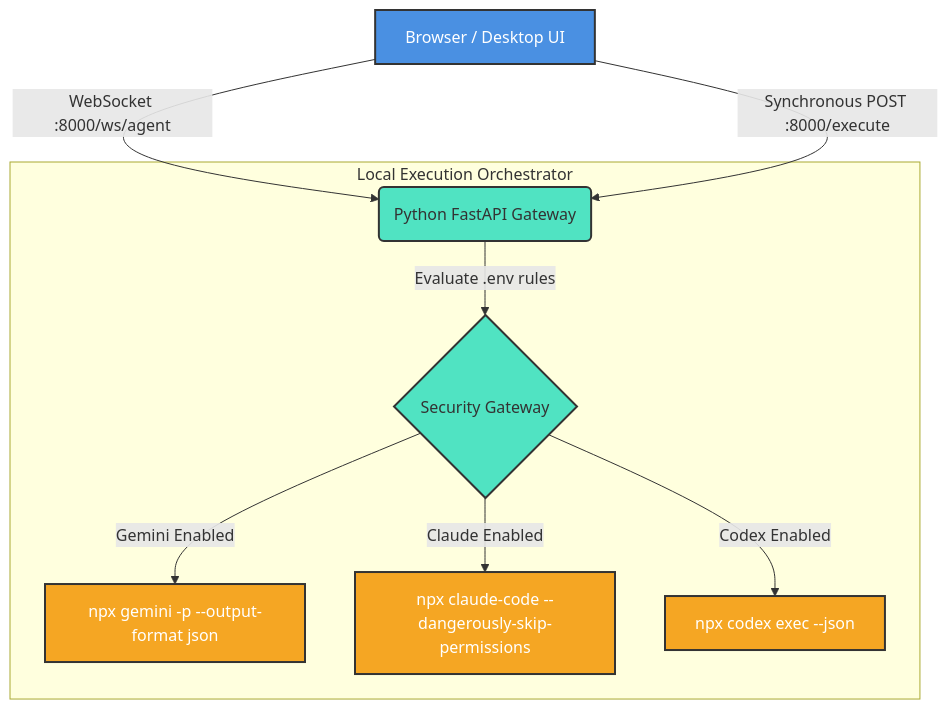
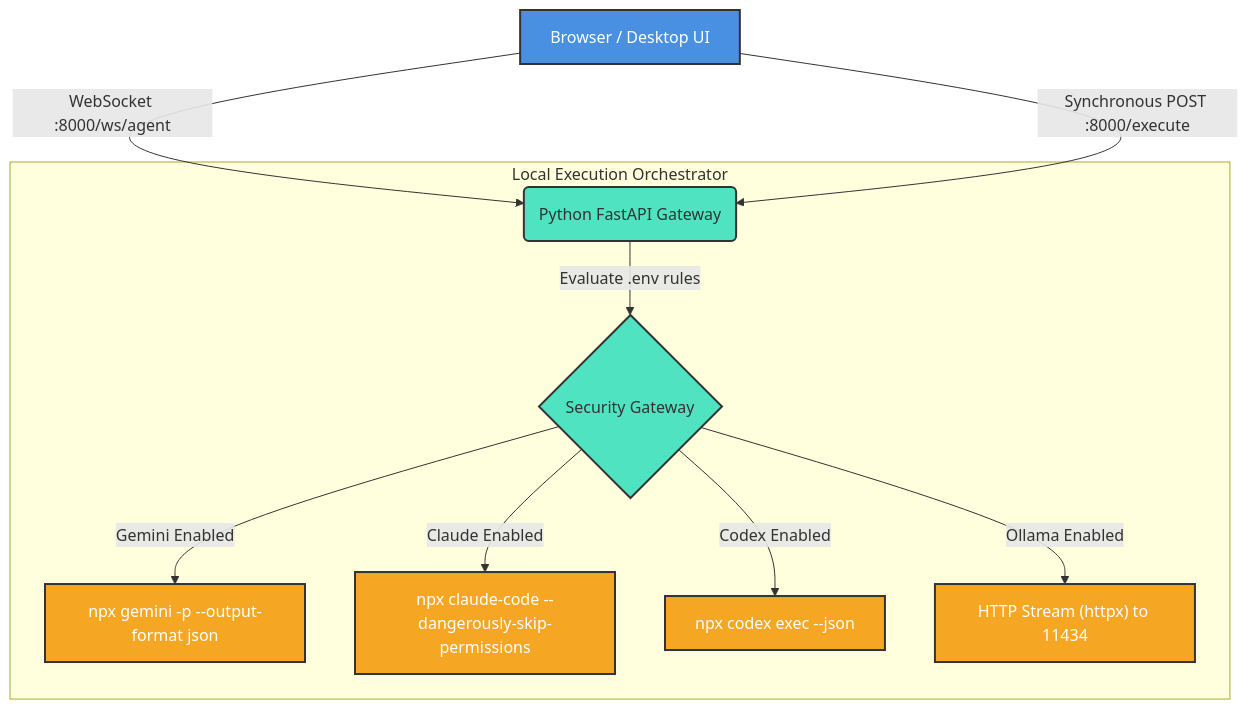
Before and after one commit to dmquant/agent-route: the first of 4 diagrams in README.md, drawn with Mermaid. The commit also changed other lines of this file and 6 other files, not shown here.

````diff
--- a/README.md
+++ b/README.md
@@ -14,16 +14,17 @@
 ```mermaid
 graph TD
     classDef ui fill:#4a90e2,stroke:#333,stroke-width:2px,color:#fff;
     classDef api fill:#50e3c2,stroke:#333,stroke-width:2px,color:#333;
     classDef os fill:#f5a623,stroke:#333,stroke-width:2px,color:#fff;
 
     A["Browser / Desktop UI"]:::ui -->|"WebSocket :8000/ws/agent"| B("Python FastAPI Gateway"):::api
     A -->|"Synchronous POST :8000/execute"| B
     
     subgraph Local Execution Orchestrator
     B -->|"Evaluate .env rules"| C{"Security Gateway"}:::api
     C -->|"Gemini Enabled"| G["npx gemini -p --output-format json"]:::os
     C -->|"Claude Enabled"| CL["npx claude-code --dangerously-skip-permissions"]:::os
     C -->|"Codex Enabled"| CO["npx codex exec --json"]:::os
+    C -->|"Ollama Enabled"| OL["HTTP Stream (httpx) to 11434"]:::os
     end
 ```
````
